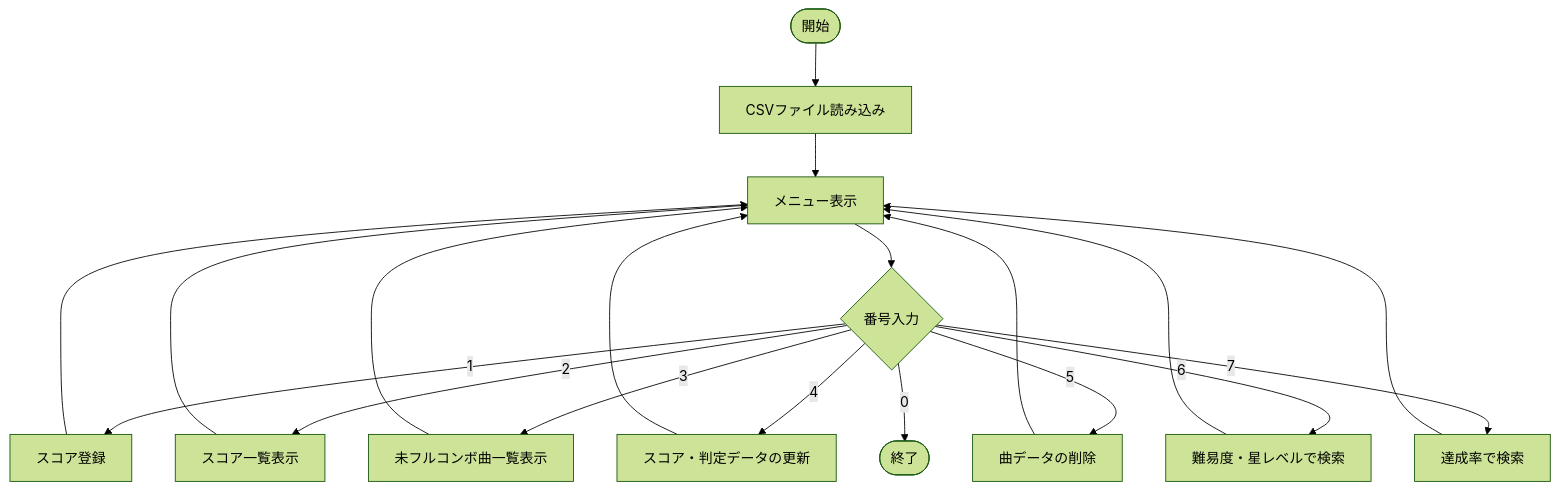
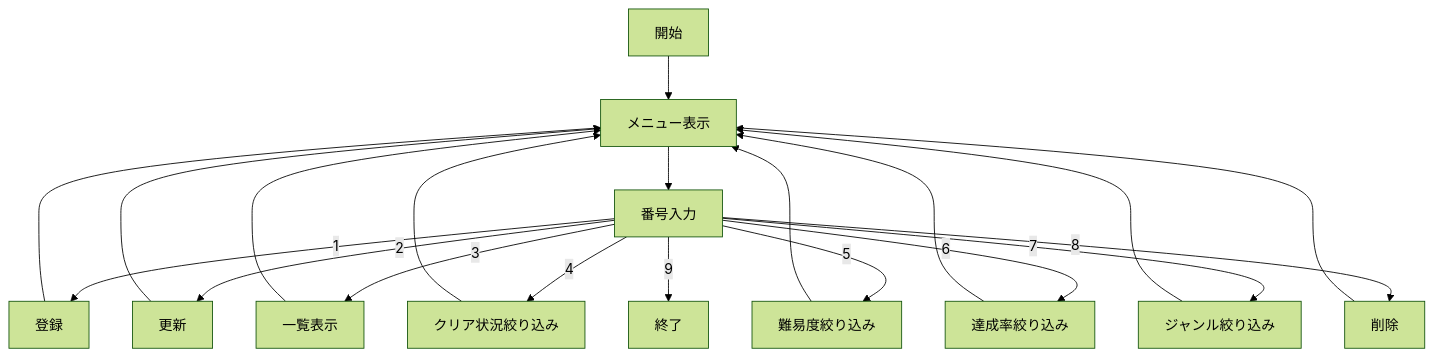
Before and after one commit to nisimodo/TaikoNote: the diagram in README.md, drawn with Mermaid (forest theme). The commit also changed other lines of this file, not shown here.

````diff
--- a/README.md
+++ b/README.md
@@ -86,23 +99,22 @@
 ```mermaid
 flowchart TD
-    Start([開始]) --> LoadCSV[CSVファイル読み込み]
-    LoadCSV --> Menu[メニュー表示]
-    Menu --> Input{番号入力}
-
-    Input -->|1| Create[スコア登録]
-    Input -->|2| ListAll[スコア一覧表示]
-    Input -->|3| ListUnfull[未フルコンボ曲一覧表示]
-    Input -->|4| Update[スコア・判定データの更新]
-    Input -->|5| Delete[曲データの削除]
-    Input -->|6| SearchDiff[難易度・星レベルで検索]
-    Input -->|7| SearchRate[達成率で検索]
-    Input -->|0| End([終了])
-
-    Create --> Menu
-    ListAll --> Menu
-    ListUnfull --> Menu
-    Update --> Menu
-    Delete --> Menu
-    SearchDiff --> Menu
-    SearchRate --> Menu
+    A[開始] --> B[メニュー表示]
+    B --> C[番号入力]
+    C -->|1| D[登録]
+    C -->|2| E[更新]
+    C -->|3| F[一覧表示]
+    C -->|4| G[クリア状況絞り込み]
+    C -->|5| H[難易度絞り込み]
+    C -->|6| I[達成率絞り込み]
+    C -->|7| J[ジャンル絞り込み]
+    C -->|8| K[削除]
+    C -->|9| L[終了]
+    D --> B
+    E --> B
+    F --> B
+    G --> B
+    H --> B
+    I --> B
+    J --> B
+    K --> B
 ```
````
